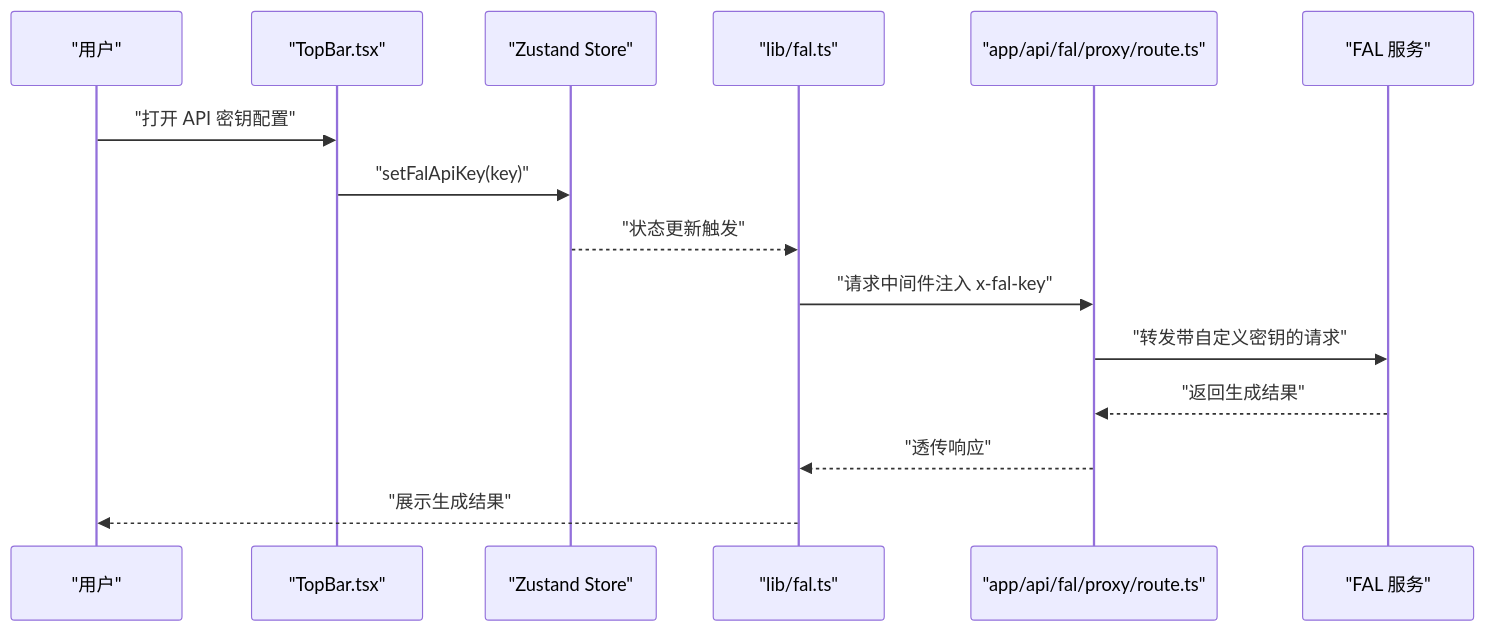
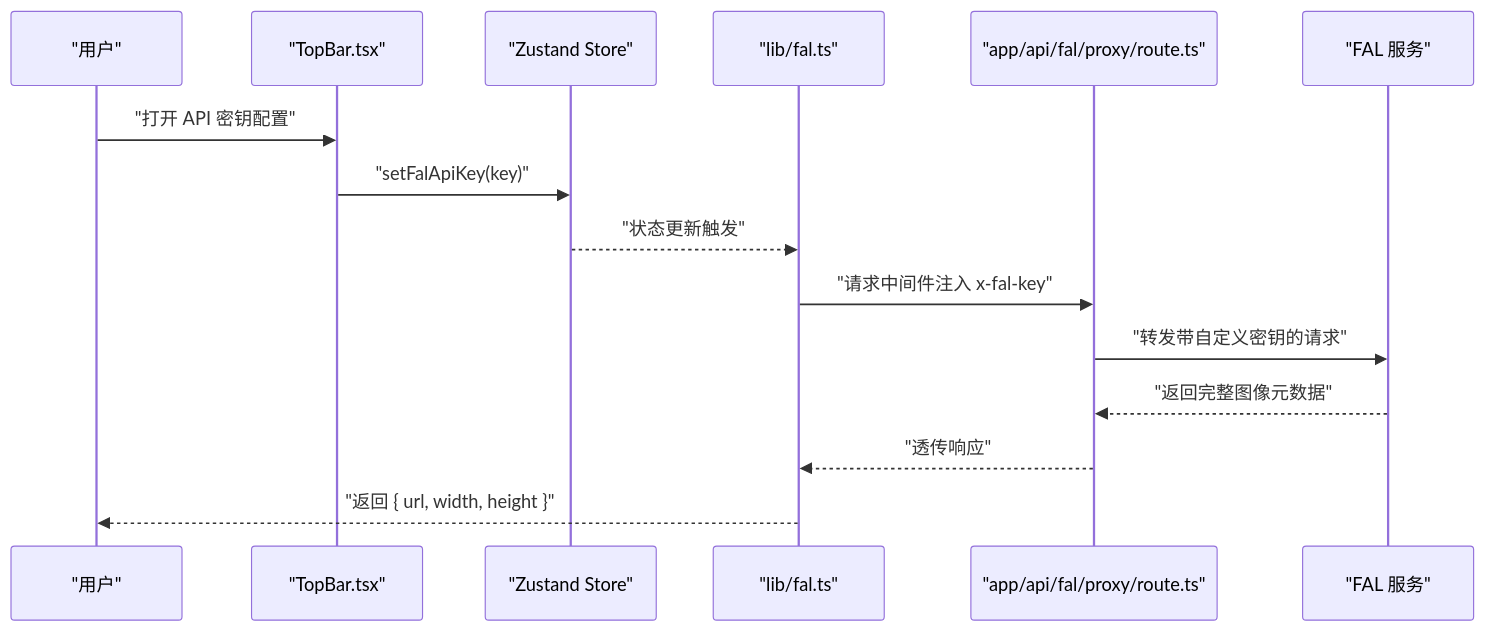
One commit to billye220670/BananaFlow2 changed the second of 12 diagrams in .qoder/repowiki/zh/content/核心功能模块/AI API 集成.md. Above: the diagram before and after it, drawn with Mermaid. The commit also changed other lines of this file and 4 other files, not shown here.

````diff
--- a/.qoder/repowiki/zh/content/核心功能模块/AI API 集成.md
+++ b/.qoder/repowiki/zh/content/核心功能模块/AI API 集成.md
@@ -124,17 +127,17 @@
 ```mermaid
 sequenceDiagram
 participant U as "用户"
 participant T as "TopBar.tsx"
 participant S as "Zustand Store"
 participant F as "lib/fal.ts"
 participant P as "app/api/fal/proxy/route.ts"
 participant K as "FAL 服务"
 U->>T : "打开 API 密钥配置"
 T->>S : "setFalApiKey(key)"
 S-->>F : "状态更新触发"
 F->>P : "请求中间件注入 x-fal-key"
 P->>K : "转发带自定义密钥的请求"
-K-->>P : "返回生成结果"
+K-->>P : "返回完整图像元数据"
 P-->>F : "透传响应"
-F-->>U : "展示生成结果"
+F-->>U : "返回 { url, width, height }"
 ```
````
